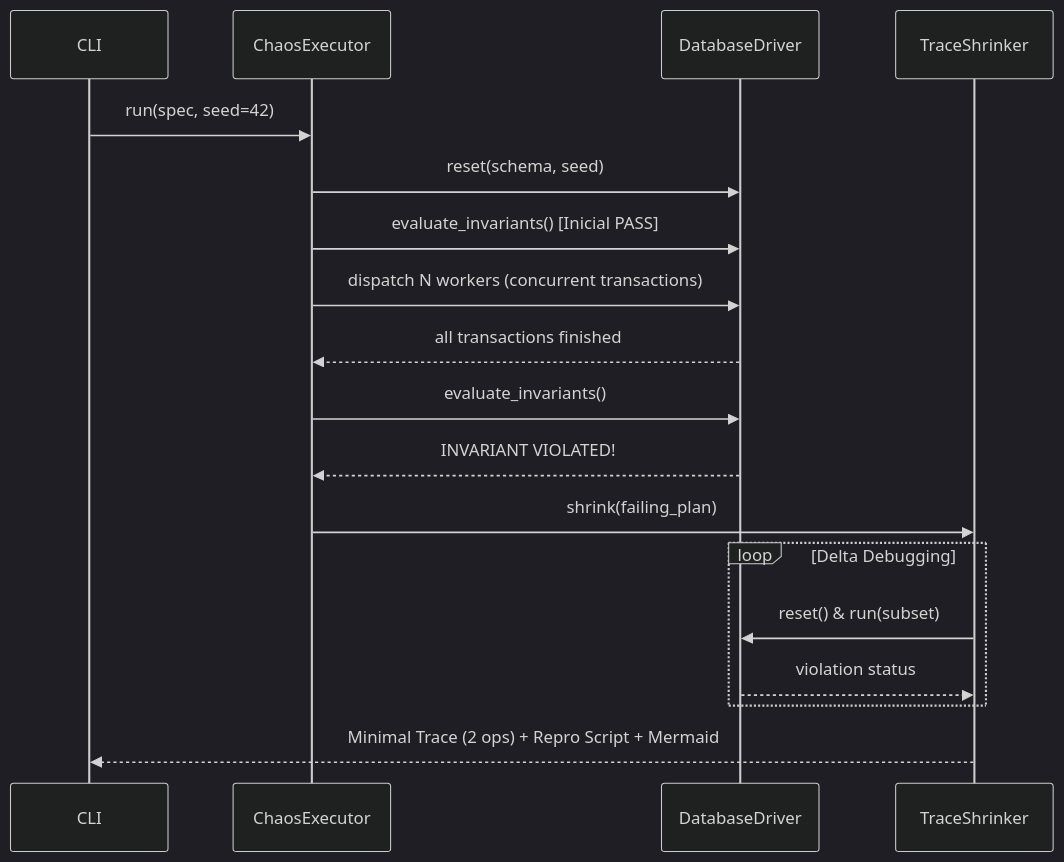
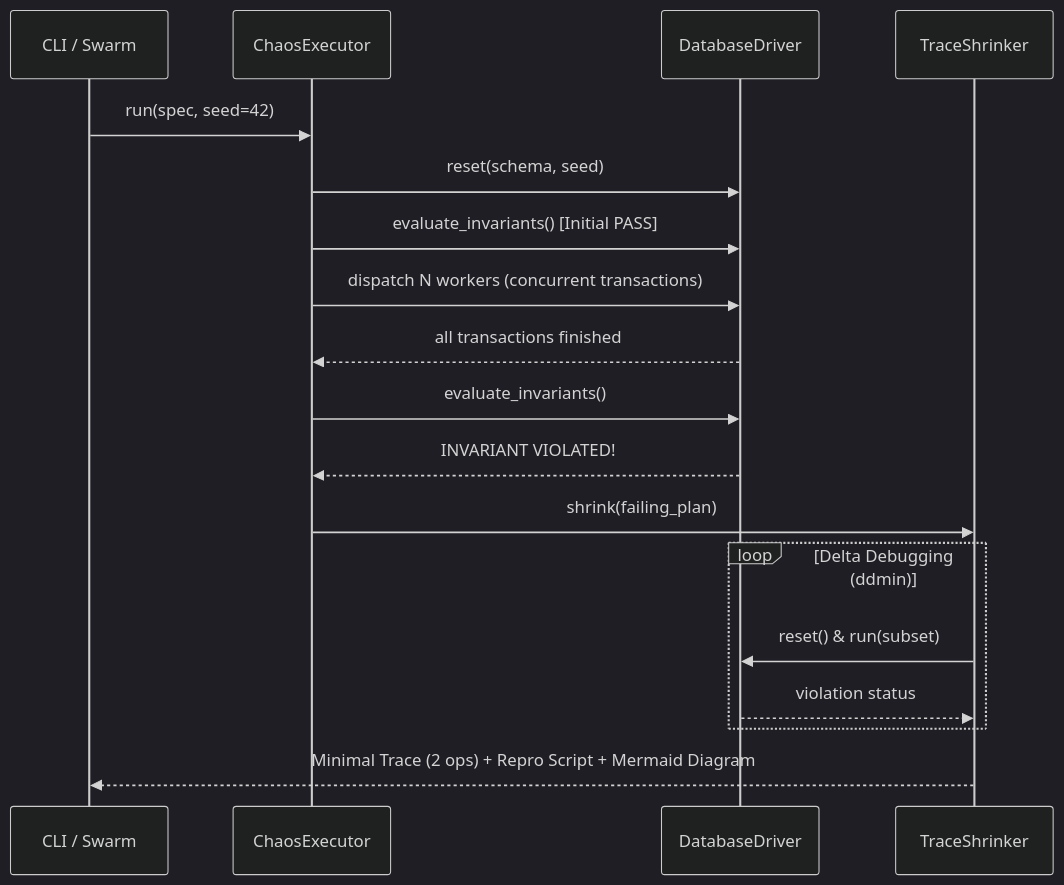
The second of 2 diagrams in ARCHITECTURE.md (bregaldahq/chaossql), drawn with Mermaid (dark theme) before and after one commit. The commit also changed other lines of this file and 4 other files, not shown here.

Commit message:
fix(harness,docs): harmonize Makefile, AGENTS.md, ARCHITECTURE.md to English and expand purity gate

````diff
--- a/ARCHITECTURE.md
+++ b/ARCHITECTURE.md
@@ -65,21 +75,21 @@
 ```mermaid
 sequenceDiagram
-    participant C as CLI
+    participant C as CLI / Swarm
     participant E as ChaosExecutor
     participant D as DatabaseDriver
     participant S as TraceShrinker
 
     C->>E: run(spec, seed=42)
     E->>D: reset(schema, seed)
-    E->>D: evaluate_invariants() [Inicial PASS]
+    E->>D: evaluate_invariants() [Initial PASS]
     E->>D: dispatch N workers (concurrent transactions)
     D-->>E: all transactions finished
     E->>D: evaluate_invariants()
     D-->>E: INVARIANT VIOLATED!
     E->>S: shrink(failing_plan)
-    loop Delta Debugging
+    loop Delta Debugging (ddmin)
         S->>D: reset() & run(subset)
         D-->>S: violation status
     end
-    S-->>C: Minimal Trace (2 ops) + Repro Script + Mermaid
+    S-->>C: Minimal Trace (2 ops) + Repro Script + Mermaid Diagram
 ```
````
